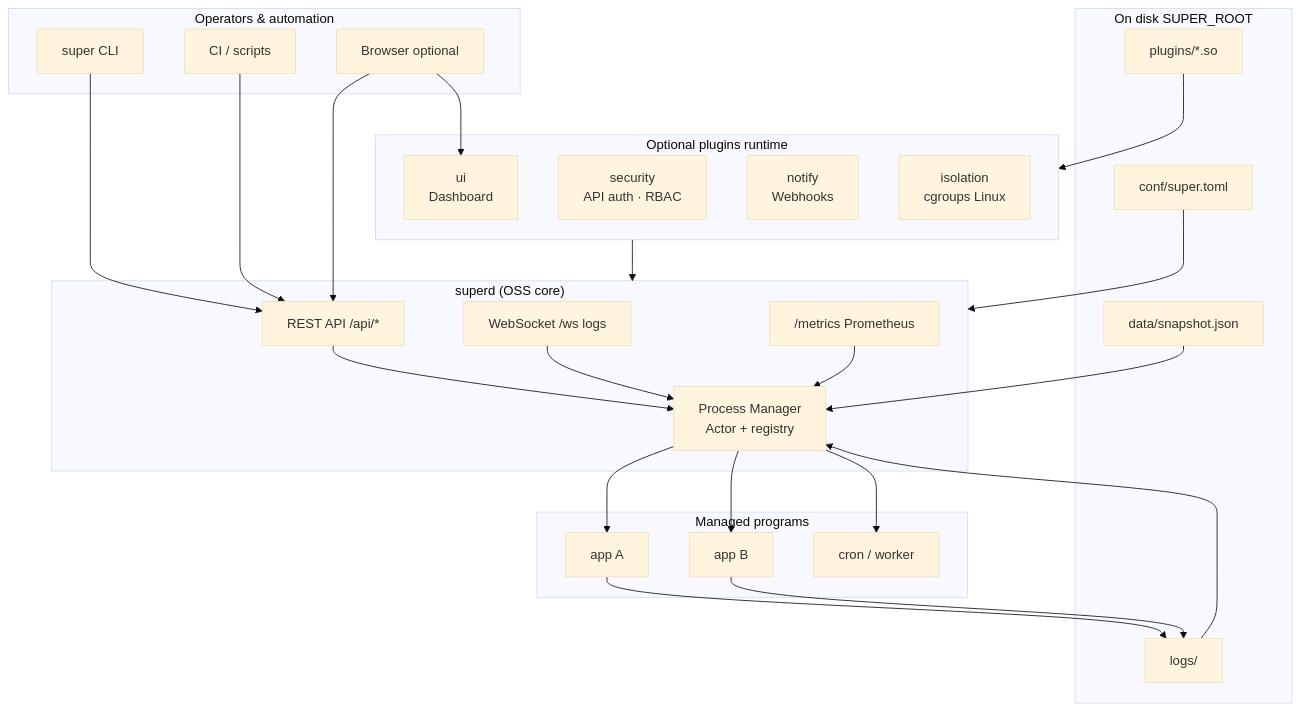
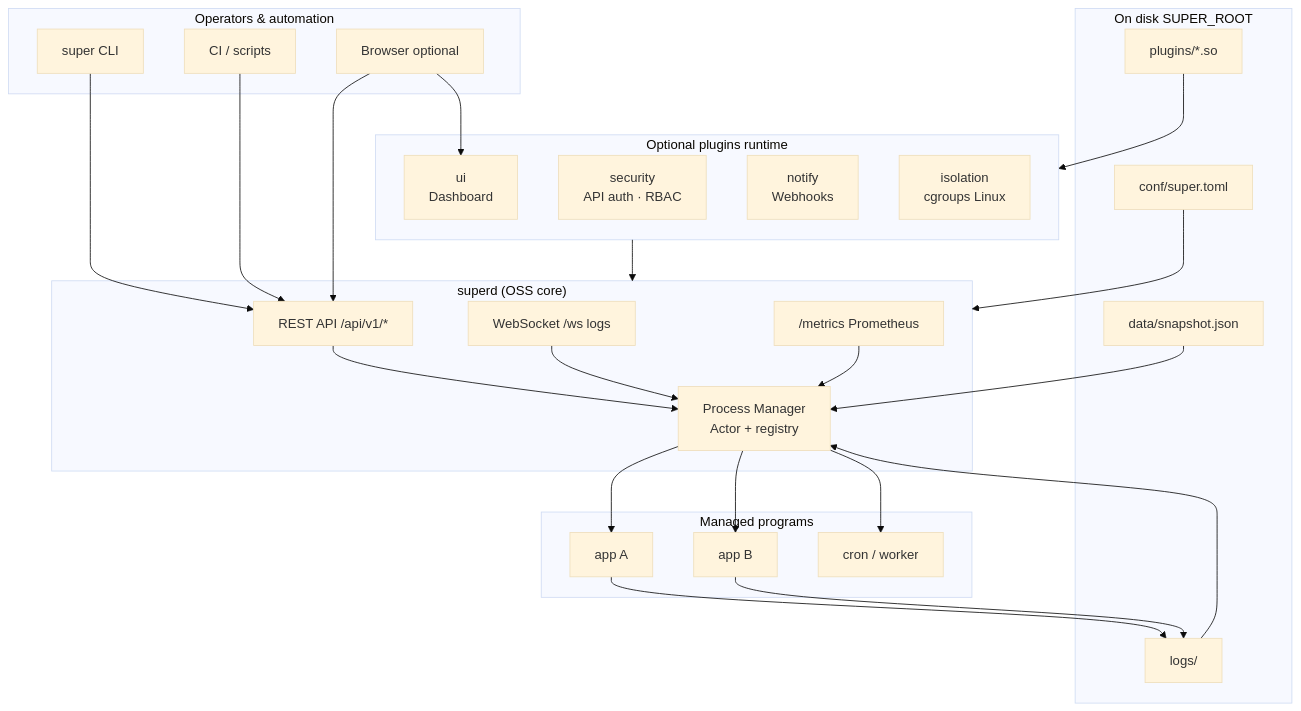
Before and after one commit to hzbd/super: the diagram in docs/content/docs/06-internals/design-philosophy.md, drawn with Mermaid (base theme). The commit also changed other lines of this file and 38 other files, not shown here.

````diff
--- a/docs/content/docs/06-internals/design-philosophy.md
+++ b/docs/content/docs/06-internals/design-philosophy.md
@@ -15,55 +15,55 @@
 ```mermaid
 flowchart TB
   subgraph operators["Operators & automation"]
     CLI["super CLI"]
     CI["CI / scripts"]
     Browser["Browser optional"]
   end
 
   subgraph superd["superd (OSS core)"]
-    API["REST API /api/*"]
+    API["REST API /api/v1/*"]
     WS["WebSocket /ws logs"]
     MET["/metrics Prometheus"]
     MGR["Process Manager\nActor + registry"]
     API --> MGR
     WS --> MGR
     MET --> MGR
   end
 
   subgraph optional["Optional plugins runtime"]
     SEC["security\nAPI auth · RBAC"]
     UI["ui\nDashboard"]
     NOT["notify\nWebhooks"]
     ISO["isolation\ncgroups Linux"]
   end
 
   subgraph data["On disk SUPER_ROOT"]
     CONF["conf/super.toml"]
     SNAP["data/snapshot.json"]
     LOGS["logs/"]
     PLUG["plugins/*.so"]
   end
 
   subgraph workloads["Managed programs"]
     P1["app A"]
     P2["app B"]
     P3["cron / worker"]
   end
 
   CLI --> API
   CI --> API
   Browser --> API
   Browser --> UI
 
   CONF --> superd
   SNAP --> MGR
   LOGS --> MGR
   PLUG --> optional
   optional --> superd
 
   MGR --> P1
   MGR --> P2
   MGR --> P3
   P1 --> LOGS
   P2 --> LOGS
 ```
````
